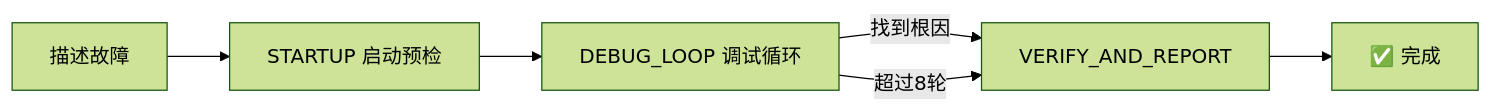
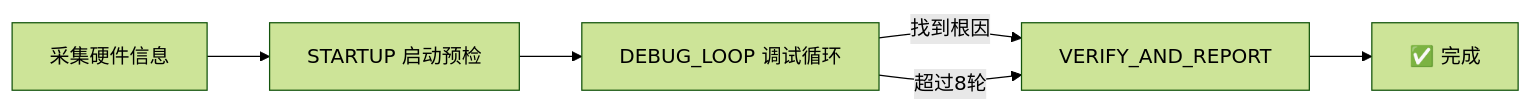
The diagram in embedded-debug-workflow/commands/help.md (kzl31/embedded-debug-workflow), drawn with Mermaid (forest theme) before and after one commit. The commit also changed other lines of this file and 27 other files, not shown here.

````diff
--- a/embedded-debug-workflow/commands/help.md
+++ b/embedded-debug-workflow/commands/help.md
@@ -34,8 +37,9 @@
 ```mermaid
 flowchart LR
-    A[描述故障] --> B[STARTUP 启动预检]
+    A[采集硬件信息] --> B[STARTUP 启动预检]
     B --> C[DEBUG_LOOP 调试循环]
     C -->|找到根因| D[VERIFY_AND_REPORT]
     D --> E[✅ 完成]
     C -->|超过8轮| D
+
 ```
````
